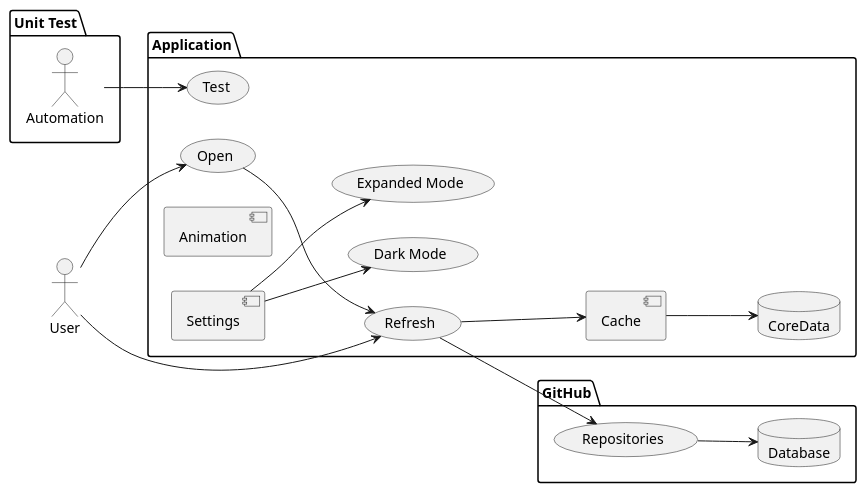
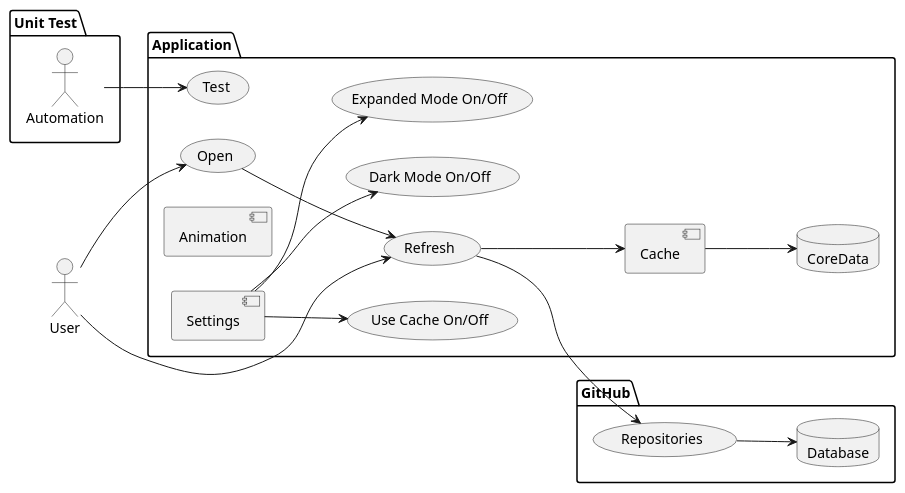
Before and after one commit to southfox/SwiftUIGitHubClient: the diagram in README.md, drawn with PlantUML. The commit also changed other lines of this file, not shown here.

````diff
--- a/README.md
+++ b/README.md
@@ -22,35 +24,37 @@
 ```plantuml
 @startuml
 left to right direction
 actor User as u
 package "Unit Test" {
   actor "Automation" as fc
 }
 package Application {
   usecase "Open" as UC1
   usecase "Refresh" as UC2
   usecase "Test" as UC4
   database CoreData as CD
   component Cache
   component Animation
   component Settings
-  usecase "Dark Mode" as DM
-  usecase "Expanded Mode" as EM
+  usecase "Dark Mode On/Off" as isDarkMode
+  usecase "Expanded Mode On/Off" as isExpandedMode
+  usecase "Use Cache On/Off" as isCacheMode
 }
 package GitHub {
   usecase "Repositories" as Rep
   database Database as DB
 }
 
 fc --> UC4
 u --> UC1
 UC1 --> UC2
 u --> UC2
 UC2 --> Rep
 UC2 --> Cache
 Rep --> DB
 Cache --> CD
-Settings --> DM
-Settings --> EM
+Settings --> isDarkMode
+Settings --> isExpandedMode
+Settings --> isCacheMode
 @enduml
 ```
````
